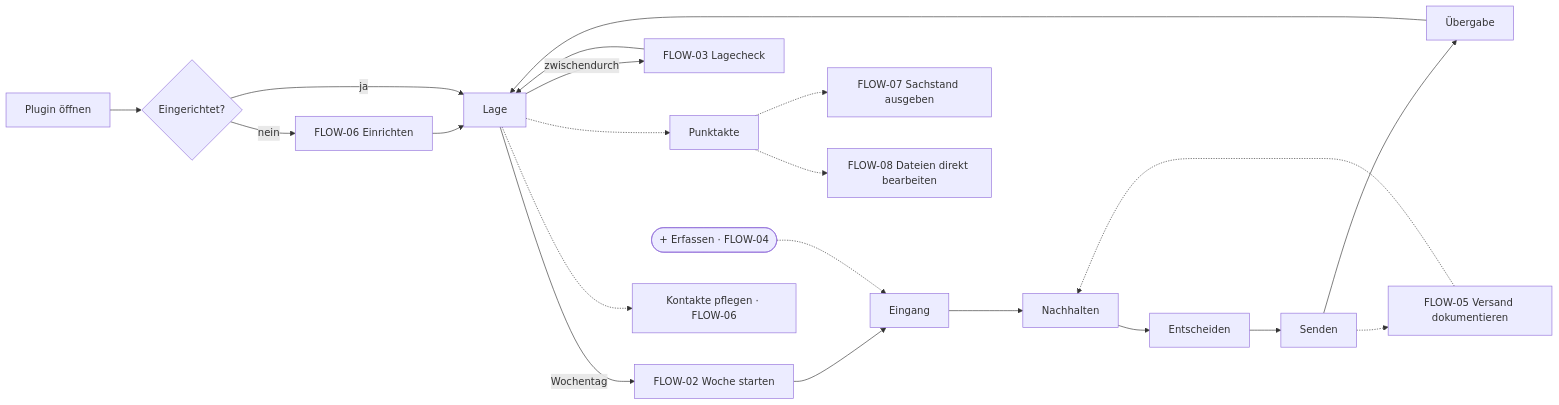
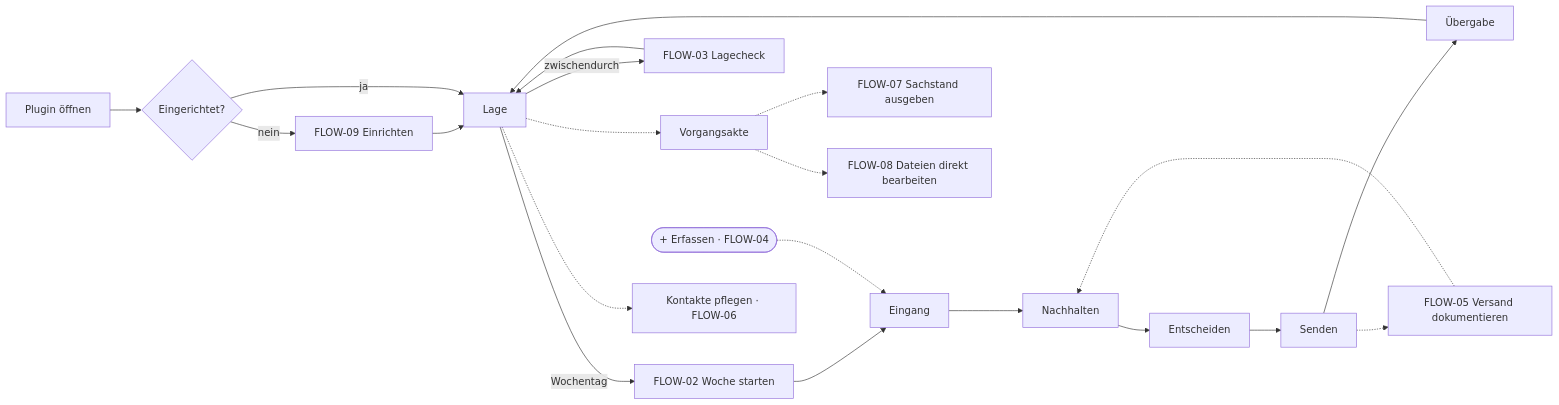
One commit to Luis85/weg-manager changed the diagram in docs/design/user-flows/FLOW-01 - Gesamtfluss des Beirats-MVP.md. Above: the diagram before and after it, drawn with Mermaid. The commit also changed other lines of this file and 395 other files, not shown here.

````diff
--- a/docs/design/user-flows/FLOW-01 - Gesamtfluss des Beirats-MVP.md
+++ b/docs/design/user-flows/FLOW-01 - Gesamtfluss des Beirats-MVP.md
@@ -74,18 +75,18 @@
 ```mermaid
 flowchart LR
   A[Plugin öffnen] --> B{Eingerichtet?}
-  B -- nein --> E[FLOW-06 Einrichten]
+  B -- nein --> E[FLOW-09 Einrichten]
   E --> L
   B -- ja --> L[Lage]
   L -->|Wochentag| W[FLOW-02 Woche starten]
   W --> W1[Eingang] --> W2[Nachhalten] --> W3[Entscheiden] --> W4[Senden] --> W5[Übergabe]
   W5 --> L
   L -->|zwischendurch| C[FLOW-03 Lagecheck]
   C --> L
   X([+ Erfassen · FLOW-04]) -.-> W1
   W4 -.-> S[FLOW-05 Versand dokumentieren]
   S -.-> W2
-  L -.-> P[Punktakte] -.-> O[FLOW-07 Sachstand ausgeben]
+  L -.-> P[Vorgangsakte] -.-> O[FLOW-07 Sachstand ausgeben]
   L -.-> K[Kontakte pflegen · FLOW-06]
   P -.-> F[FLOW-08 Dateien direkt bearbeiten]
 ```
````
